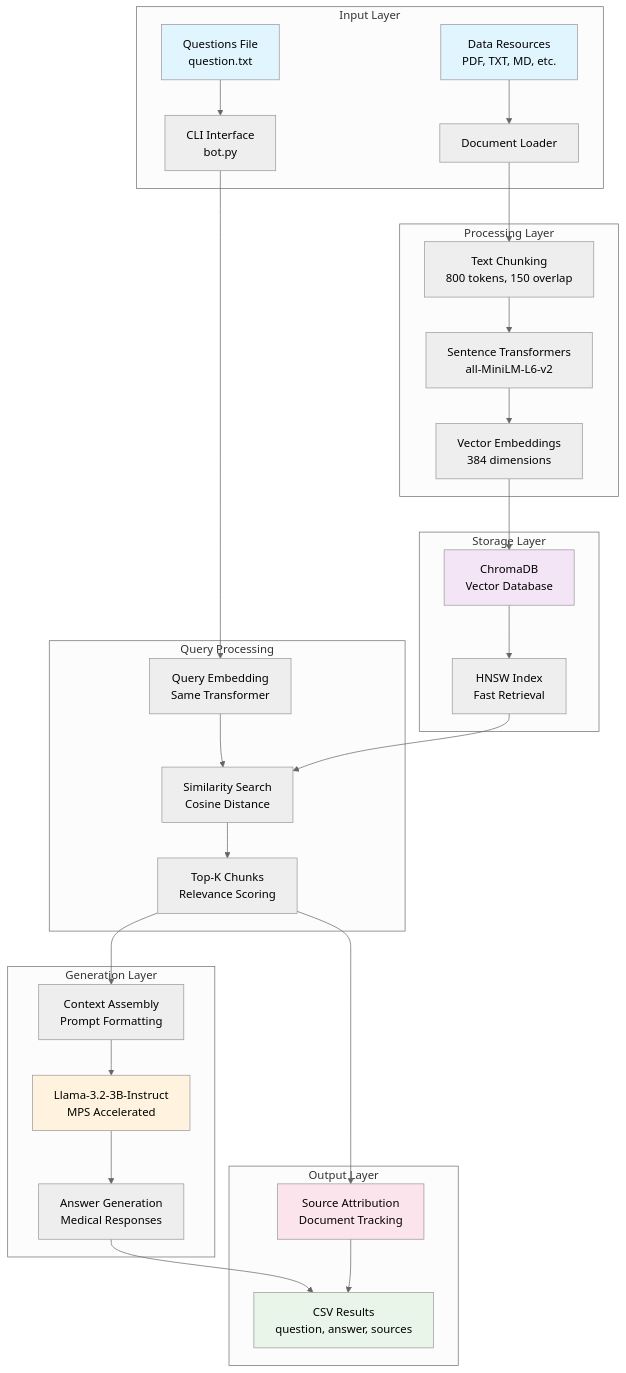
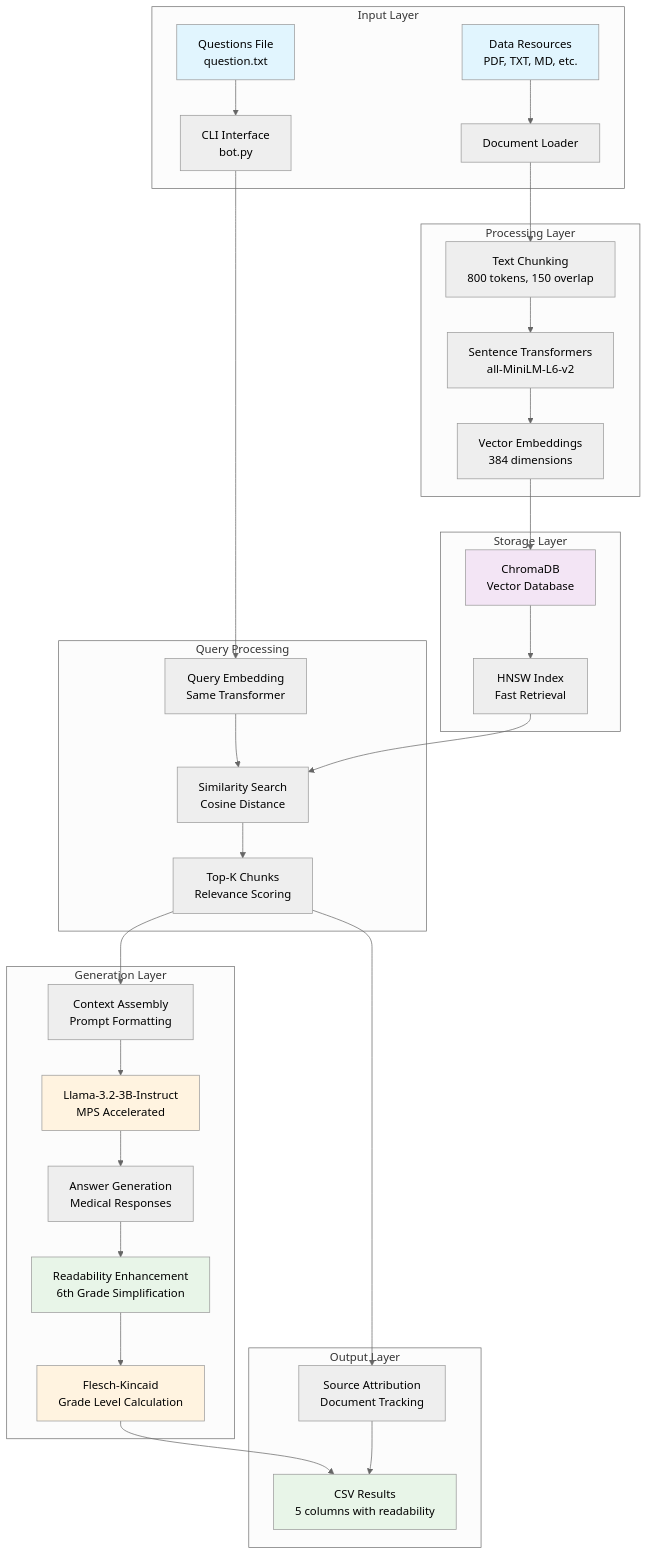
One commit to uclamii/CGT-LLM-Beta changed the first of 2 diagrams in README.md. Above: the diagram before and after it, drawn with Mermaid (neutral theme). The commit also changed other lines of this file and 102 other files, not shown here.

````diff
--- a/README.md
+++ b/README.md
@@ -243,44 +270,47 @@
 ```mermaid
 graph TB
     subgraph "Input Layer"
         A[Questions File<br/>question.txt] --> B[CLI Interface<br/>bot.py]
         C[Data Resources<br/>PDF, TXT, MD, etc.] --> D[Document Loader]
     end
     
     subgraph "Processing Layer"
         D --> E[Text Chunking<br/>800 tokens, 150 overlap]
         E --> F[Sentence Transformers<br/>all-MiniLM-L6-v2]
         F --> G[Vector Embeddings<br/>384 dimensions]
     end
     
     subgraph "Storage Layer"
         G --> H[ChromaDB<br/>Vector Database]
         H --> I[HNSW Index<br/>Fast Retrieval]
     end
     
     subgraph "Query Processing"
         B --> J[Query Embedding<br/>Same Transformer]
         J --> K[Similarity Search<br/>Cosine Distance]
         K --> L[Top-K Chunks<br/>Relevance Scoring]
     end
     
     subgraph "Generation Layer"
         L --> M[Context Assembly<br/>Prompt Formatting]
         M --> N[Llama-3.2-3B-Instruct<br/>MPS Accelerated]
         N --> O[Answer Generation<br/>Medical Responses]
+        O --> R[Readability Enhancement<br/>6th Grade Simplification]
+        R --> S[Flesch-Kincaid<br/>Grade Level Calculation]
     end
     
     subgraph "Output Layer"
-        O --> P[CSV Results<br/>question, answer, sources]
+        S --> P[CSV Results<br/>5 columns with readability]
         L --> Q[Source Attribution<br/>Document Tracking]
         Q --> P
         I --> K
     end
     
     style A fill:#e1f5fe
     style C fill:#e1f5fe
     style H fill:#f3e5f5
     style N fill:#fff3e0
     style P fill:#e8f5e8
-    style Q fill:#fce4ec
+    style R fill:#e8f5e8
+    style S fill:#fff3e0
 ```
````
